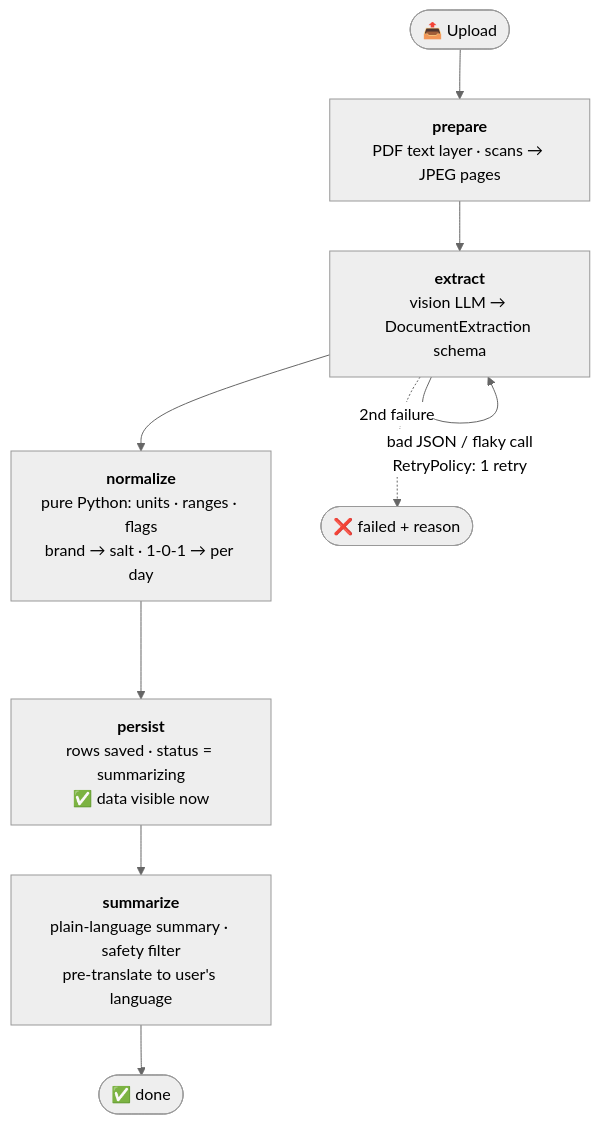
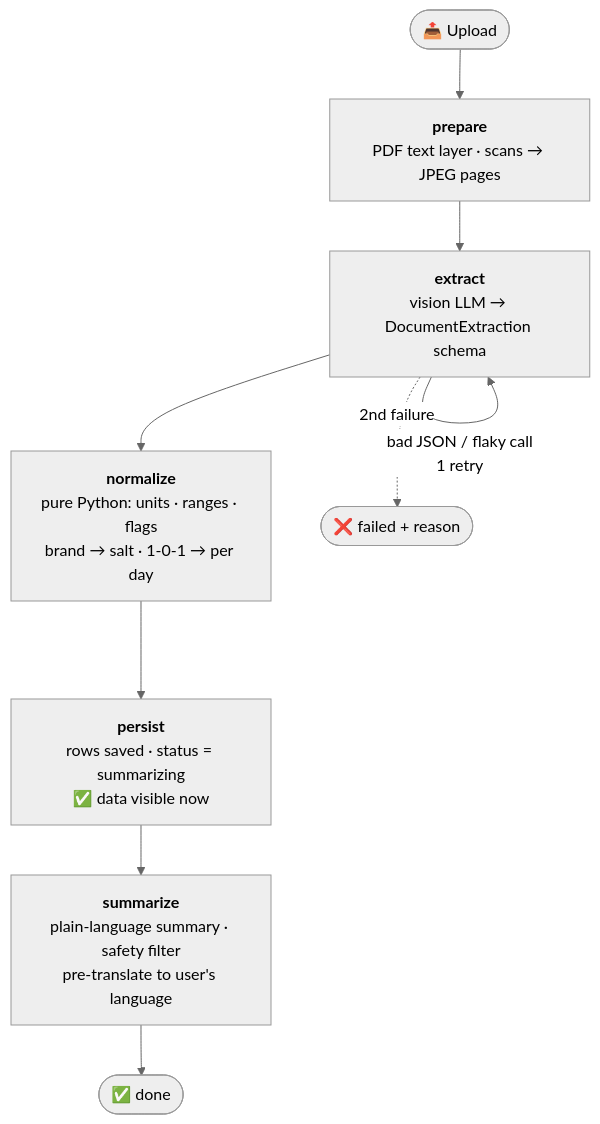
Before and after one commit to ProgVon/AI-Powered-Personal-Health-Copilot-RB-21: the second of 5 diagrams in README.md, drawn with Mermaid (neutral theme). The commit also changed other lines of this file and 17 other files, not shown here.

````diff
--- a/README.md
+++ b/README.md
@@ -101,11 +100,11 @@
 ```mermaid
 flowchart TD
     S([📤 Upload]) --> A["<b>prepare</b><br/>PDF text layer · scans → JPEG pages"]
     A --> B["<b>extract</b><br/>vision LLM → DocumentExtraction schema"]
-    B -->|"bad JSON / flaky call<br/>RetryPolicy: 1 retry"| B
+    B -->|"bad JSON / flaky call<br/>1 retry"| B
     B --> C["<b>normalize</b><br/>pure Python: units · ranges · flags<br/>brand → salt · 1-0-1 → per day"]
     C --> D["<b>persist</b><br/>rows saved · status = summarizing<br/>✅ data visible now"]
     D --> E["<b>summarize</b><br/>plain-language summary · safety filter<br/>pre-translate to user's language"]
     E --> Z([✅ done])
     B -. "2nd failure" .-> X([❌ failed + reason])
 ```
````
